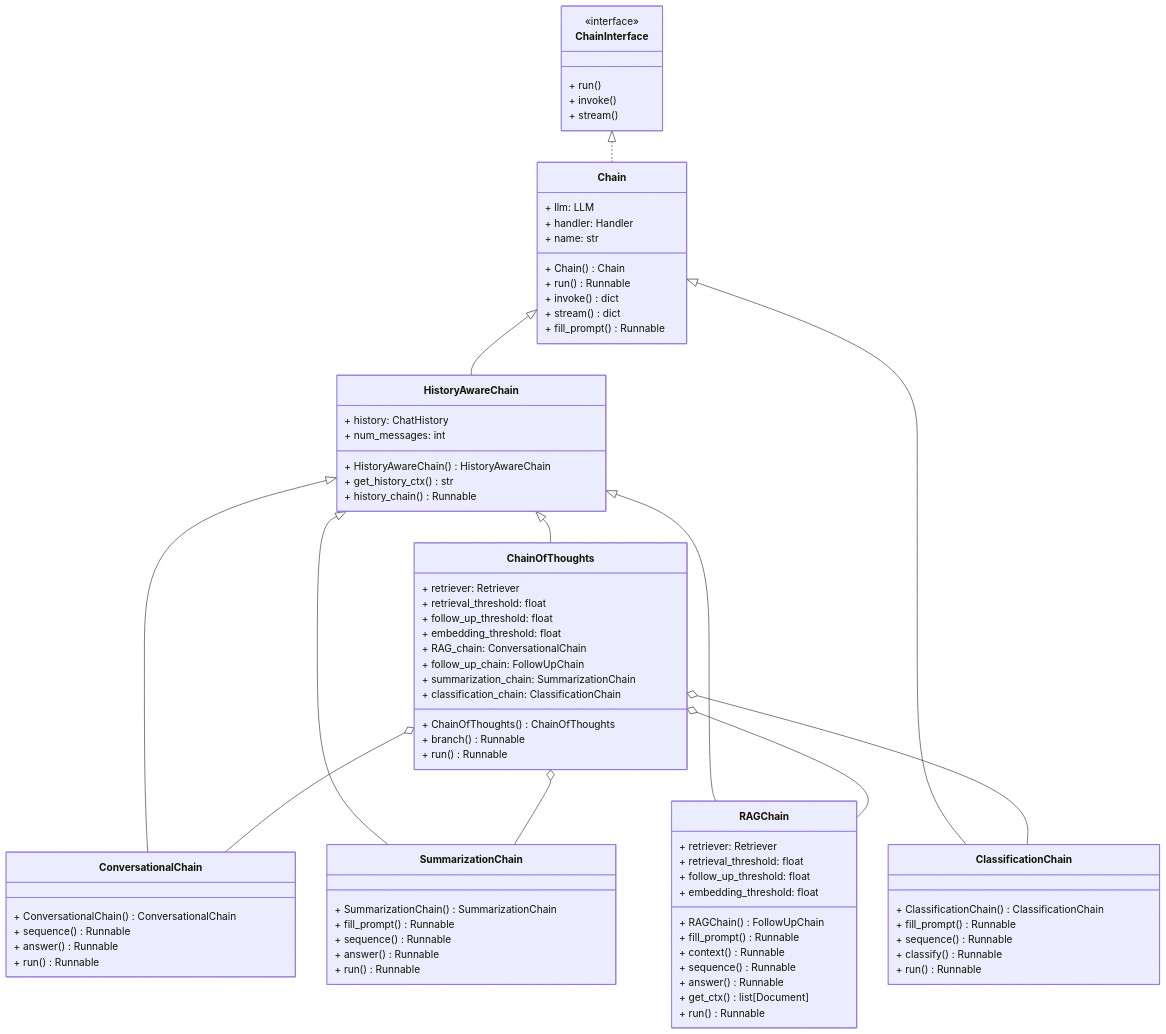
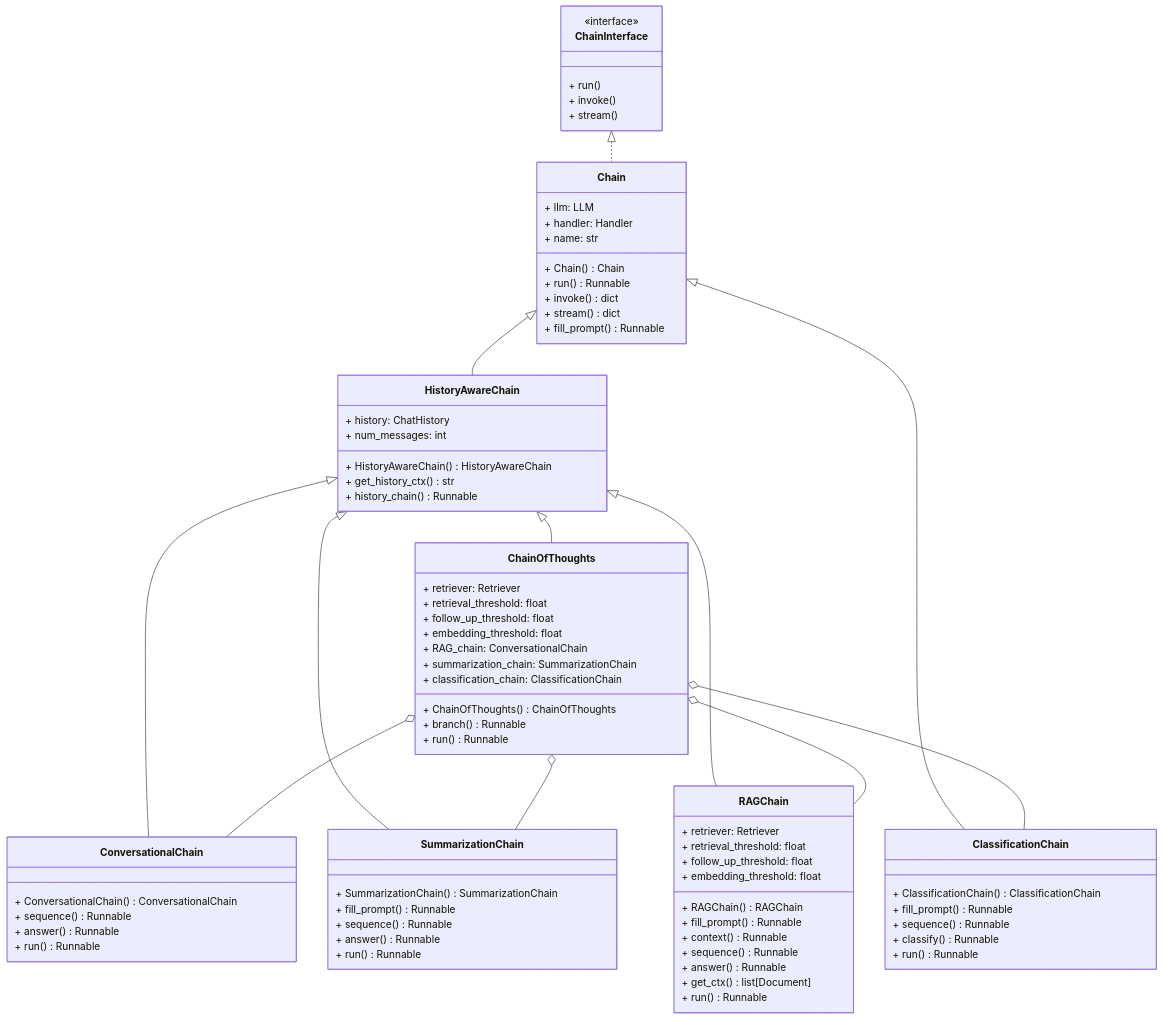
The diagram in README.md (GiuseppeBellamacina/OmniBot), drawn with Mermaid before and after one commit. The commit also changed 3 other files, not shown here.

Commit message:
Refactor retrieval logic to use RAGChain instead of FollowUpChain

```diff
--- a/README.md
+++ b/README.md
@@ -76,7 +76,7 @@
         + follow_up_threshold: float
         + embedding_threshold: float
 
-        + RAGChain() FollowUpChain
+        + RAGChain() RAGChain
         + fill_prompt() Runnable
         + context() Runnable
         + sequence() Runnable
@@ -91,7 +91,6 @@
         + follow_up_threshold: float
         + embedding_threshold: float
         + RAG_chain: ConversationalChain
-        + follow_up_chain: FollowUpChain
         + summarization_chain: SummarizationChain
         + classification_chain: ClassificationChain
 
```
